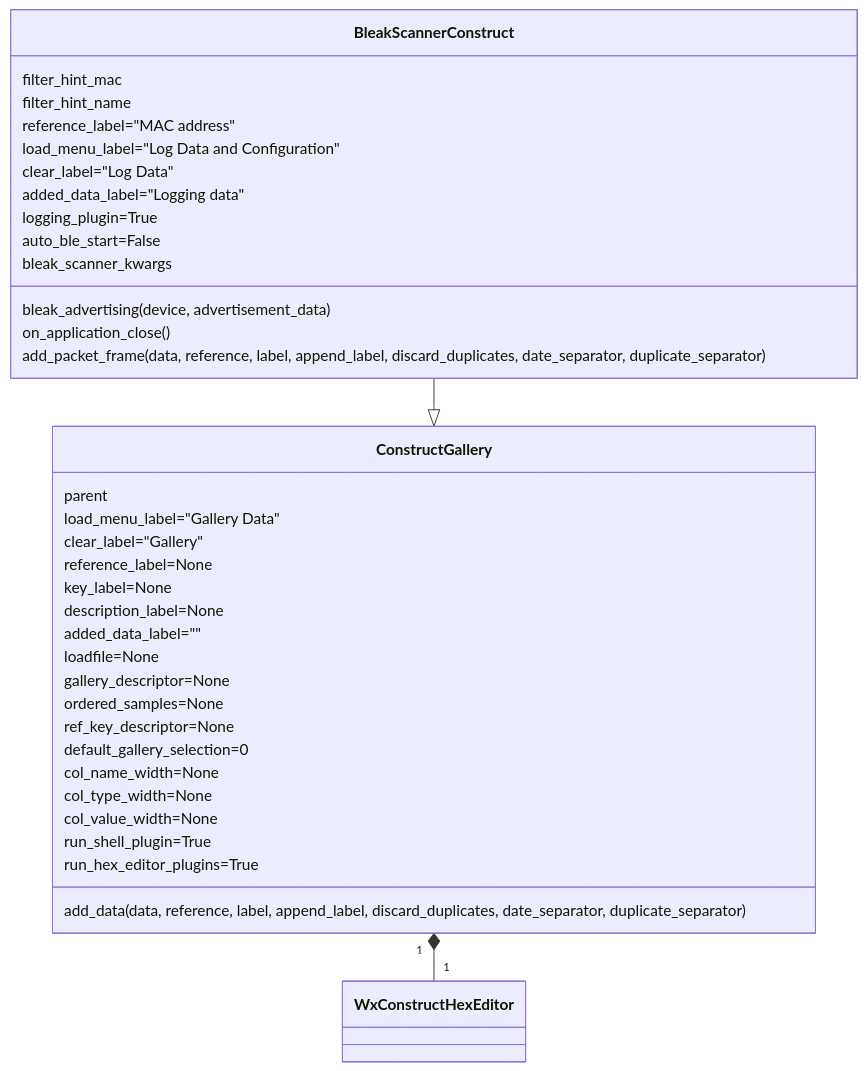
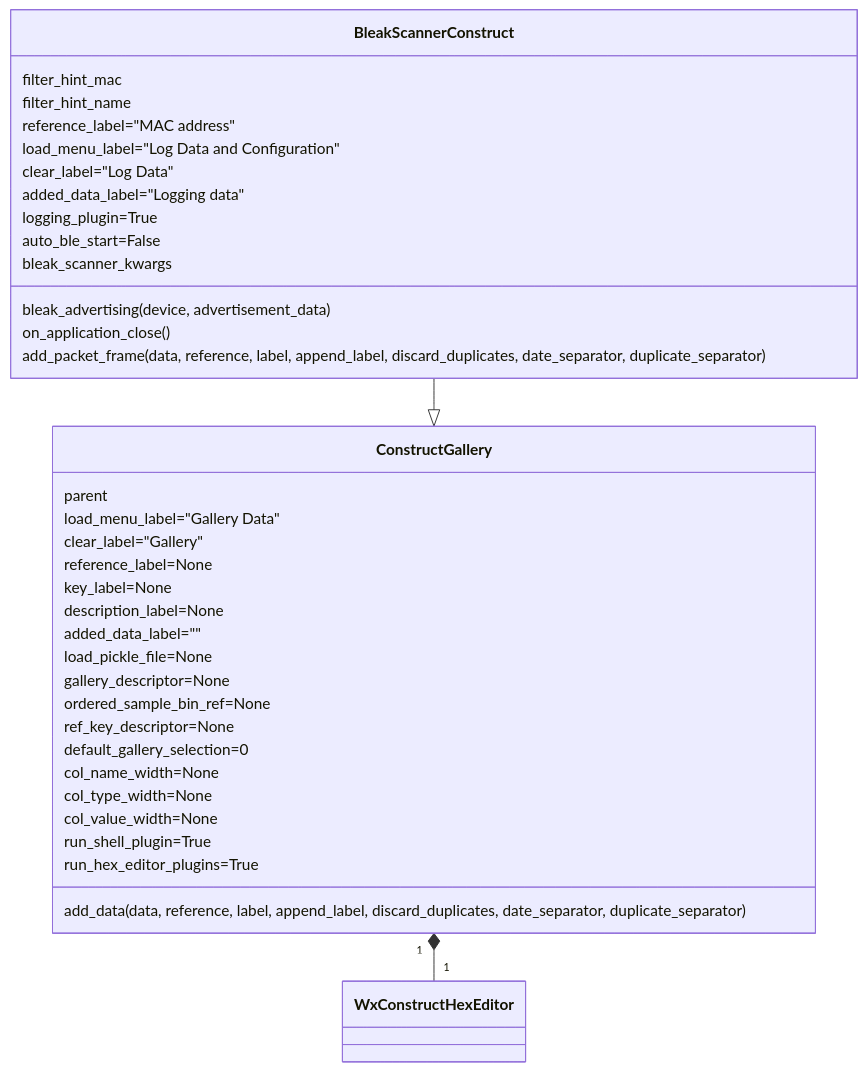
The second of 4 diagrams in README.md (Ircama/construct-gallery), drawn with Mermaid before and after one commit. The commit also changed other lines of this file and 2 other files, not shown here.

````diff
--- a/README.md
+++ b/README.md
@@ -808,44 +784,44 @@
 ```mermaid
 classDiagram
     BleakScannerConstruct --|> ConstructGallery
     ConstructGallery "1" *-- "1" WxConstructHexEditor
 
     class BleakScannerConstruct{
         filter_hint_mac
         filter_hint_name
         reference_label="MAC address"
         load_menu_label="Log Data and Configuration"
         clear_label="Log Data"
         added_data_label="Logging data"
         logging_plugin=True
         auto_ble_start=False
         bleak_scanner_kwargs
 
         bleak_advertising(device, advertisement_data)
         on_application_close()
         add_packet_frame(data, reference, label, append_label, discard_duplicates, date_separator, duplicate_separator)
     }
 
     class ConstructGallery{
         parent
 
         load_menu_label="Gallery Data"
         clear_label="Gallery"
         reference_label=None
         key_label=None
         description_label=None
         added_data_label=""
-        loadfile=None
+        load_pickle_file=None
         gallery_descriptor=None
-        ordered_samples=None
+        ordered_sample_bin_ref=None
         ref_key_descriptor=None
         default_gallery_selection=0
         col_name_width=None
         col_type_width=None
         col_value_width=None
         run_shell_plugin=True
         run_hex_editor_plugins=True
 
         add_data(data, reference, label, append_label, discard_duplicates, date_separator, duplicate_separator)
     }
 ```
````
